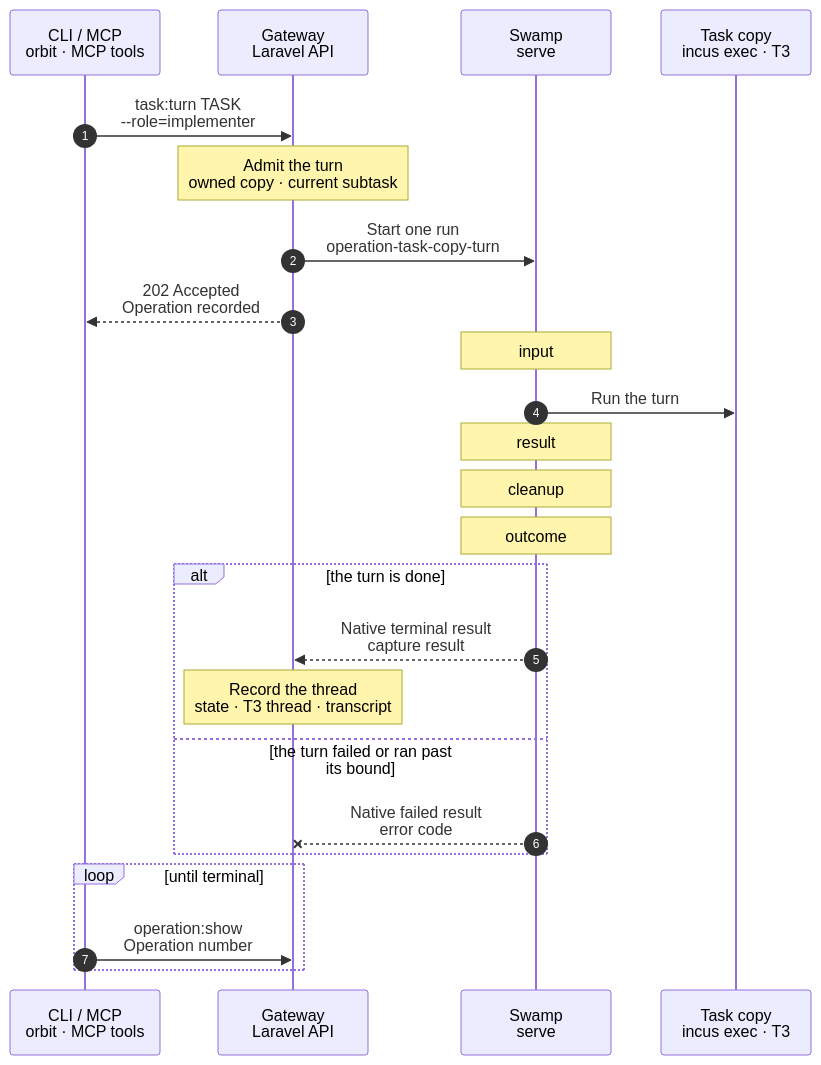
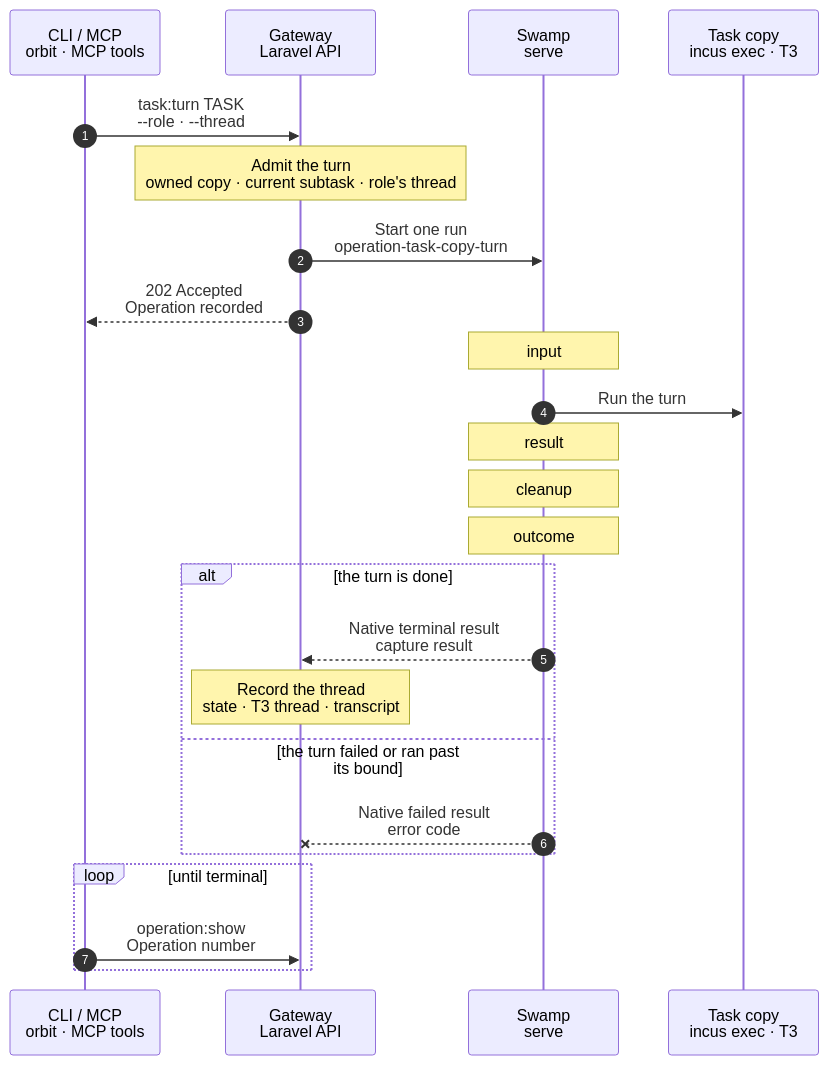
Before and after one commit to hardimpactdev/orbit: the diagram in docs/cli/task/copy-turn.mmd, drawn with Mermaid. The commit also changed 4 other files, not shown here.

First line of the commit message:
docs(tasks): copy turns keep one ongoing T3 thread per role

```diff
--- a/docs/cli/task/copy-turn.mmd
+++ b/docs/cli/task/copy-turn.mmd
@@ -1,69 +1,77 @@
 sequenceDiagram
-  %% Target design (orchestrator, 2026-11-13, plan A): a turn of a task that runs in a copy of its Project's default Instance. Swamp runs T3's own CLI in the copy as agent; stock T3 accepts only full-access MCP sessions it issues itself, so no T3 session leaves the container.
+  %% Target design (orchestrator, 2026-11-13, plan A; 2026-11-14 one ongoing thread per role): a turn of a task that runs in a copy of its Project's default Instance. Swamp runs T3's own CLI in the copy as agent; stock T3 accepts only full-access MCP sessions it issues itself, so no T3 session leaves the container. The implementer and the reviewer each keep one T3 thread that later turns continue.
   %% status: draft
   %% command: task:turn
   %% kind: tasks.copy_turn
   autonumber
   %% lane CLI icon=terminal pill=caller tone=gray
   %% lane GW icon=gateway pill=intent tone=blue
   %% lane SW icon=workflow pill=executes tone=green
   %% lane N icon=server pill=target tone=amber
   participant CLI as CLI / MCP<br/>orbit · MCP tools
   participant GW as Gateway<br/>Laravel API
   participant SW as Swamp<br/>serve
   participant N as Task copy<br/>incus exec · T3
-  CLI->>GW: task:turn TASK<br/>--role=implementer
+  CLI->>GW: task:turn TASK<br/>--role · --thread
   %%> Command:
   %%> - `orbit task:turn SUBTASK --role=implementer --prompt="Run Doctor and commit a note." --thread=new`
-  Note over GW: Admit the turn<br/>owned copy · current subtask
+  %%> - `orbit task:turn SUBTASK --role=implementer --prompt="Fix the failing test." --thread=THREAD`
+  %%> - `orbit task:turn SUBTASK --role=reviewer --prompt="Review the checked commit." --thread=new --check=CHECK`
+  Note over GW: Admit the turn<br/>owned copy · current subtask · role's thread
   %%> What it does:
   %%> - a group that owns a task copy, or whose Project has `nested_fleet` on, turns in its copy as `tasks.copy_turn`; every other group takes the task VM turn (`turn.mmd`). A nested-fleet group without a copy refuses here with `tasks.no_workspace`
   %%> - composes the prompt as for a task VM turn: the title, brief and deliverables of the subtask, then the caller's prompt
-  %%> - records a new implementer thread with the driver `t3`, the copy's Node and the model of `ORBIT_TASKS_COPY_TURN_MODEL` (default `claudeAgent/claude-opus-5-5`); T3 picks the effort
-  %%> - the intent names the copy's container, the T3 command, the model, the 3,600 s bound and a title that names the thread; no credential and no vault key
+  %%> - `--thread=new` records a new thread of the role with the driver `t3`, the copy's Node and the role's copy model: `ORBIT_TASKS_COPY_IMPLEMENTER_MODEL` or `ORBIT_TASKS_COPY_REVIEWER_MODEL`, each `claudeAgent/claude-opus-5-5` by default. T3's CLI takes no effort, so T3 picks it
+  %%> - `--thread=ID` continues that thread: the same T3 conversation, with its model. The implementer's thread goes on the subtask, the reviewer's on the group
+  %%> - a reviewer turn names the subtask's checked candidate with `--check`, as on a task VM; the commit goes into the intent
+  %%> - the intent names the copy's container, the T3 command, whether the turn starts or continues its thread, the model, the 3,600 s bound and a title that names the Orbit thread; no credential and no vault key
   %%> Requirements:
   %%> - the group owns its copy and the copy is `active`; otherwise `tasks.no_workspace` or `tasks.copy_not_ready`, and nothing is recorded
-  %%> - a new implementer thread with the copy's model; a reviewer turn, a continued thread or a caller's model answers `tasks.copy_turn_unsupported`
+  %%> - an implementer or reviewer turn with no caller's model; a consult or `--model` answers `tasks.copy_turn_unsupported`
+  %%> - a continued thread is a `t3` thread of this group, role and copy; otherwise `tasks.thread_role_mismatch`
+  %%> - a reviewer's check is the subtask's checked candidate; otherwise `tasks.commit_not_checked`
+  %%> - the role's copy model reads `PROVIDER/MODEL`; otherwise `tasks.copy_turn_model_invalid`
   %%> - no other Operation of the group runs; otherwise `operation.target_busy`
   %%> - no earlier turn of the group may still run in the copy: a turn whose run started but whose result does not show T3's run over answers `tasks.copy_turn_unended` with its Operation in `details.operation_id`; a check of the copy refuses the same way, until `task:cancel`
   GW->>SW: Start one run<br/>operation-task-copy-turn
   GW-->>CLI: 202 Accepted<br/>Operation recorded
   %%> Result:
   %%> - follow the Operation while Swamp runs the turn
   Note over SW: input
   %%> What it does:
   %%> - writes the copy's container, the SSH target and the turn into the private run folder
   SW->>N: Run the turn
   %%> What it does:
   %%> - one Ansible phase on the copy's Node: `incus exec` into the copy, then `runuser -u agent`, non-login, with the agent's groups
   %%> - first one `true` in the copy: a copy the phase cannot reach fails before anything is launched, so its group stays free
-  %%> - `t3 thread start --provider --model --title --wait --json /srv/workspace -` with the prompt on stdin, bounded by `timeout` at 3,600 s
+  %%> - a continued turn first finds its T3 thread by its title with `t3 thread list`; when T3 holds not exactly one, the phase fails with `tasks.copy_thread_missing` before anything is launched
+  %%> - a new thread: `t3 thread start --provider --model --title --wait --json /srv/workspace -`; a continued one: `t3 thread send --wait --json THREAD -`. The prompt goes on stdin, bounded by `timeout` at 3,600 s
   %%> - `t3 thread list` finds the thread by its title, also when the bound cut the wait; `t3 thread show --json` reads it back
-  %%> - writes each evidence file as soon as its command ends: the launch mark, the start's end, the read; a cut phase still tells whether a turn was launched
+  %%> - writes each evidence file as soon as its command ends: the thread found to continue, the launch mark, the start's end, the read; a cut phase still tells whether a turn was launched
   %%> - T3's CLI issues its own full-access session inside the copy and revokes it when it exits; the replies stay in the run folder, never in a log
   Note over SW: result
   %%> What it does:
-  %%> - maps the run's status: `completed` is done, `waiting` asks for input, any other status fails with `tasks.turn_failed`, a cut wait fails with `tasks.turn_timeout`, a start that T3 refused fails with `tasks.copy_turn_failed`
-  %%> - keeps the message text of the thread, redacted and bounded to 256 KiB; T3's CLI gives no tool items and no token use
+  %%> - maps the run's status: `completed` is done, `waiting` asks for input, any other status fails with `tasks.turn_failed`, a cut wait fails with `tasks.turn_timeout`, a start that T3 refused fails with `tasks.copy_turn_failed`, a thread to continue that T3 does not hold fails with `tasks.copy_thread_missing`
+  %%> - keeps the message text of the thread, all its turns, redacted and bounded to 256 KiB with the newest kept; T3's CLI gives no tool items and no token use
   %%> - records whether T3's run is over: nothing was launched, the start printed an end other than a wait for an answer, or T3 lists no thread of this title or lists it in no active state
   Note over SW: cleanup
   %%> What it does:
   %%> - removes the private run folder
   Note over SW: outcome
   %%> What it does:
   %%> - native assert: the turn is done
   alt the turn is done
     SW-->>GW: Native terminal result<br/>capture result
     Note over GW: Record the thread<br/>state · T3 thread · transcript
     %%> Result:
     %%> - the thread's state and error, T3's thread id as its external id, and the transcript in the Gateway's archive: `task:agent:show` reads it after the copy is gone
     %%> - token metrics stay null
   else the turn failed or ran past its bound
     SW--xGW: Native failed result<br/>error code
     %%> Result:
     %%> - the thread is `failed` with T3's status as its error, and the transcript T3 had
     %%> - a turn cut by its bound, a cancelled turn or a lost phase may still run in the copy: the stock CLI cannot stop a run. The group then refuses more turns and checks with `tasks.copy_turn_unended`; `task:cancel` destroys the copy, and the run ends with it
   end
   loop until terminal
     CLI->>GW: operation:show<br/>Operation number
   end
```
